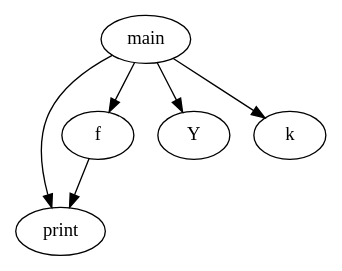
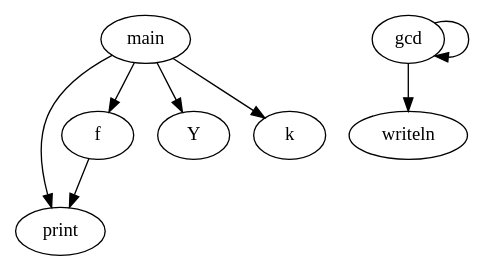
The diagram in program-model-verification/output/lab2_cfg/test.dot (romagolchin/itmo-masters), drawn with Graphviz before and after one commit. The commit also changed 27 other files, not shown here.

```diff
--- a/program-model-verification/output/lab2_cfg/test.dot
+++ b/program-model-verification/output/lab2_cfg/test.dot
@@ -1,12 +1,16 @@
 digraph {
   0 [label="print"];
   1 [label="f"];
-  2 [label="Y"];
-  3 [label="k"];
-  4 [label="main"];
-  4 -> 2 [label=""];
-  4 -> 1 [label=""];
+  2 [label="gcd"];
+  3 [label="Y"];
+  4 [label="k"];
+  5 [label="writeln"];
+  6 [label="main"];
+  6 -> 3 [label=""];
+  6 -> 1 [label=""];
+  2 -> 5 [label=""];
   1 -> 0 [label=""];
-  4 -> 0 [label=""];
-  4 -> 3 [label=""];
+  2 -> 2 [label=""];
+  6 -> 0 [label=""];
+  6 -> 4 [label=""];
 }
```
